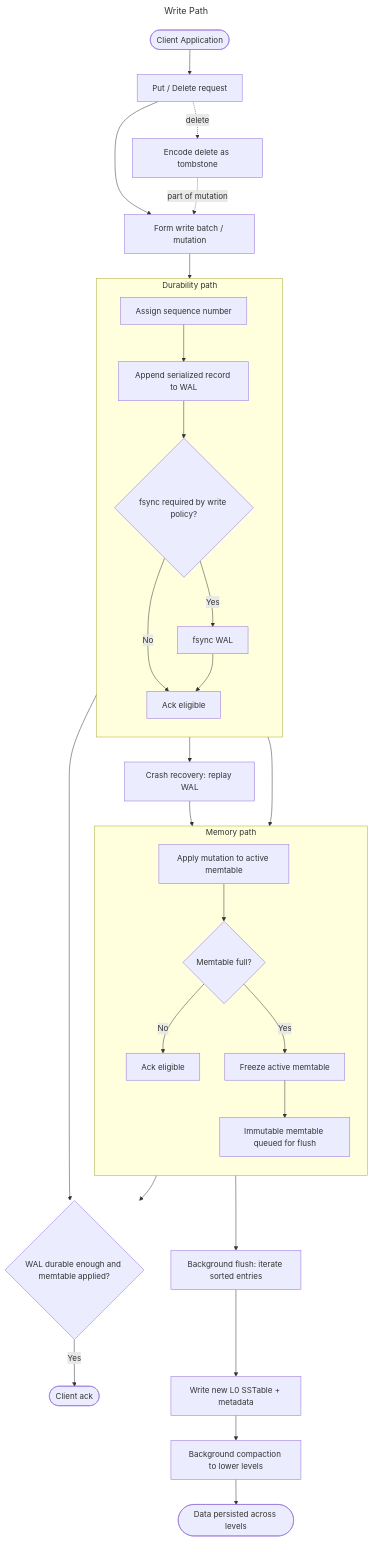
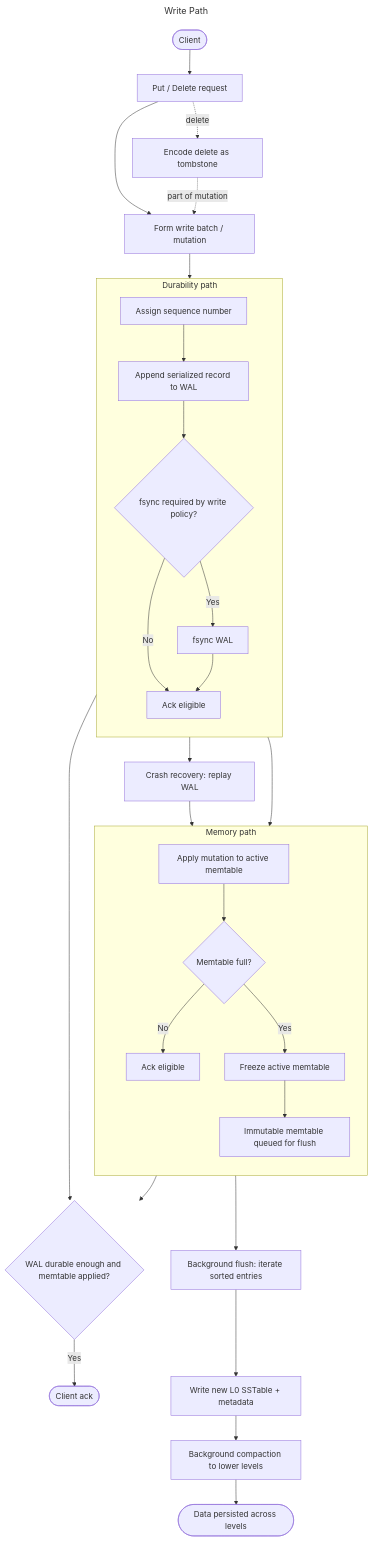
The second of 2 diagrams in content/blog/lsm/index.md (jidroid/ws), drawn with Mermaid before and after one commit. The commit also changed other lines of this file and 7 other files, not shown here.

Commit message:
fixed typos in diagrams

```diff
--- a/content/blog/lsm/index.md
+++ b/content/blog/lsm/index.md
@@ -323,44 +323,44 @@
 {{<mermaid >}}
 ---
 title: Write Path
 ---
 flowchart TB
-    C([Client Application]) --> W[Put / Delete request]
+    C([Client]) --> W[Put / Delete request]
     W --> B[Form write batch / mutation]
     B --> S[Assign sequence number]
 
     subgraph DUR[Durability path]
       direction TB
       S --> WAL[Append serialized record to WAL]
       WAL --> F{fsync required by write policy?}
       F -->|Yes| FS[fsync WAL]
       F -->|No| A1[Ack eligible]
       FS --> A1
     end
 
     subgraph MEM[Memory path]
       direction TB
       S --> M[Apply mutation to active memtable]
       M --> FULL{Memtable full?}
       FULL -->|No| A2[Ack eligible]
       FULL -->|Yes| FR[Freeze active memtable]
       FR --> IMM[Immutable memtable queued for flush]
     end
 
     A1 --> ACKG{WAL durable enough and memtable applied?}
     A2 --> ACKG
     ACKG -->|Yes| ACK([Client ack])
 
     IMM --> FLUSH[Background flush: iterate sorted entries]
     FLUSH --> SST[Write new L0 SSTable + metadata]
     SST --> COMPACT[Background compaction to lower levels]
 
     W -. delete .-> TOMB[Encode delete as tombstone]
     TOMB -. part of mutation .-> B
 
     WAL --> REC[Crash recovery: replay WAL]
     REC --> M
 
     COMPACT --> DONE([Data persisted across levels])
 
 {{< /mermaid >}}
```
